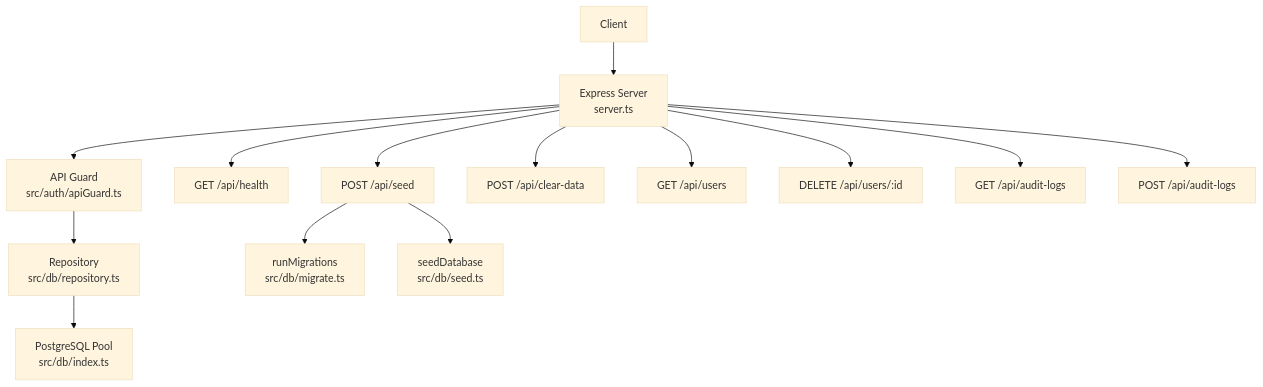
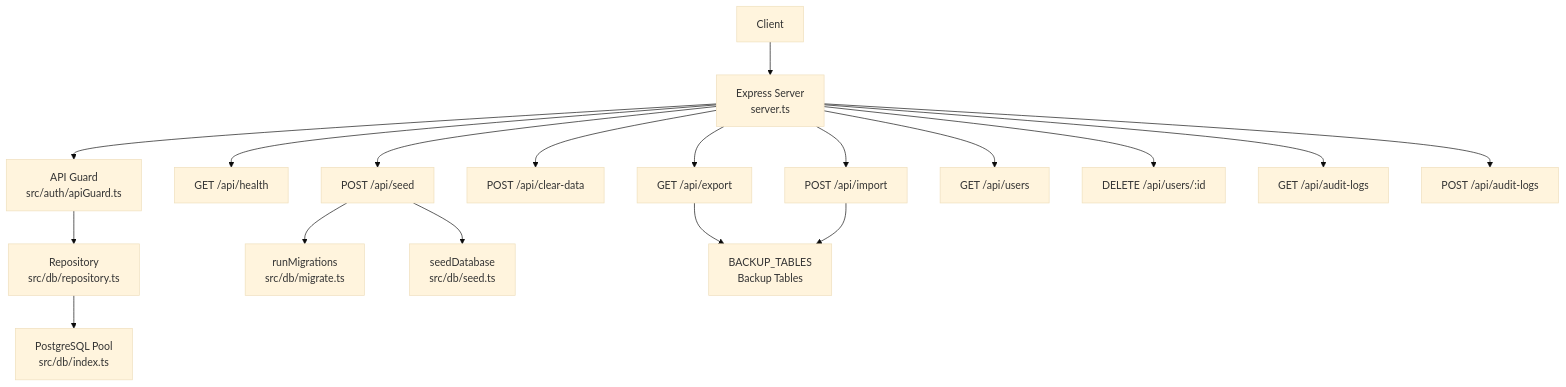
Before and after one commit to djahasiel101600/archivehub: the first of 3 diagrams in .qoder/repowiki/en/content/System Architecture/API Architecture/System Endpoints.md, drawn with Mermaid (base theme). The commit also changed other lines of this file and 48 other files, not shown here.

````diff
--- a/.qoder/repowiki/en/content/System Architecture/API Architecture/System Endpoints.md
+++ b/.qoder/repowiki/en/content/System Architecture/API Architecture/System Endpoints.md
@@ -37,16 +45,20 @@
 ```mermaid
 graph TB
 Client["Client"] --> Server["Express Server<br/>server.ts"]
 Server --> Guard["API Guard<br/>src/auth/apiGuard.ts"]
 Server --> Health["GET /api/health"]
 Server --> Seed["POST /api/seed"]
 Server --> Clear["POST /api/clear-data"]
+Server --> Export["GET /api/export"]
+Server --> Import["POST /api/import"]
 Server --> UsersList["GET /api/users"]
 Server --> UsersDelete["DELETE /api/users/:id"]
 Server --> AuditGet["GET /api/audit-logs"]
 Server --> AuditPost["POST /api/audit-logs"]
 Guard --> Repo["Repository<br/>src/db/repository.ts"]
 Repo --> DB["PostgreSQL Pool<br/>src/db/index.ts"]
 Seed --> Migrate["runMigrations<br/>src/db/migrate.ts"]
 Seed --> SeedDB["seedDatabase<br/>src/db/seed.ts"]
+Export --> BackupTables["BACKUP_TABLES<br/>Backup Tables"]
+Import --> BackupTables
 ```
````
